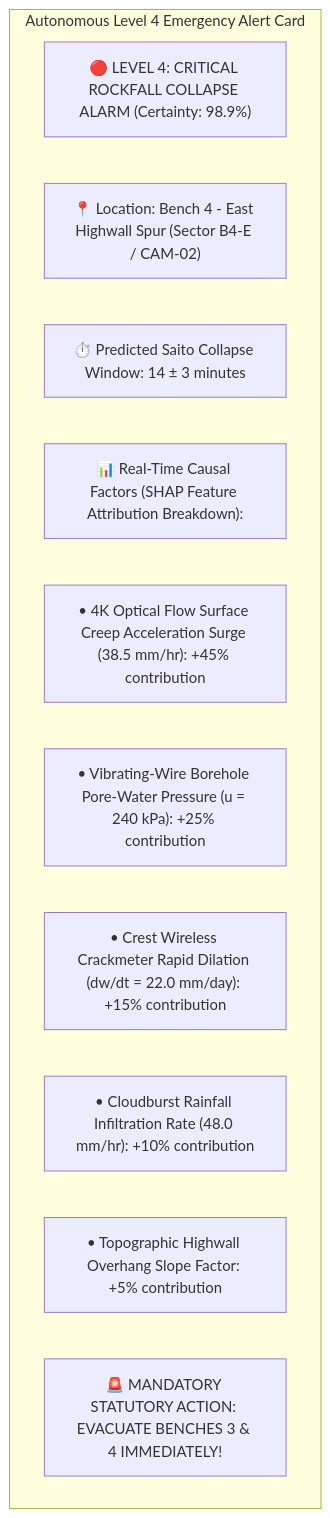
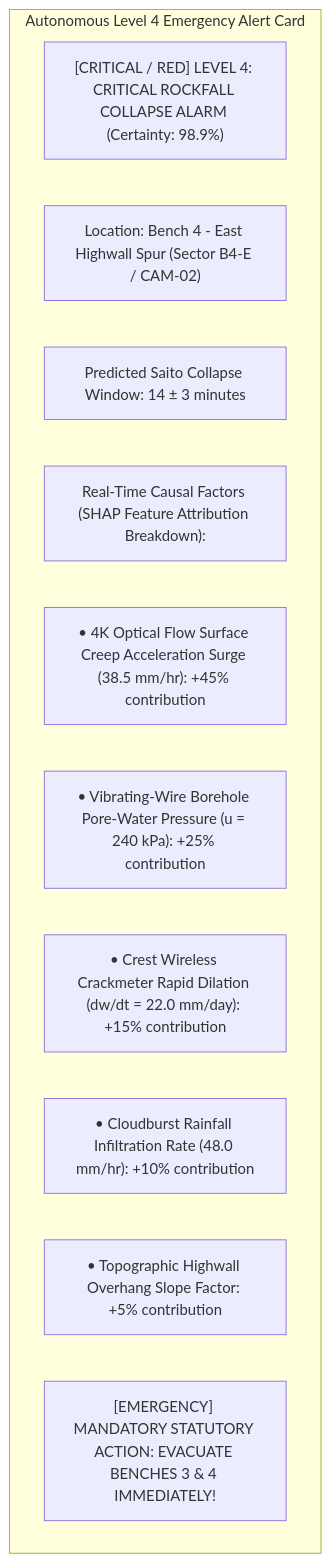
One commit to angelverman2021-a11y/Report changed the fourth of 6 diagrams in docs/26_Early_Warning_TARP_Systems.md. Above: the diagram before and after it, drawn with Mermaid. The commit also changed other lines of this file and 32 other files, not shown here.

````diff
--- a/docs/26_Early_Warning_TARP_Systems.md
+++ b/docs/26_Early_Warning_TARP_Systems.md
@@ -190,15 +193,15 @@
 ```mermaid
 graph TD
-    subgraph Autonomous Level 4 Emergency Alert Card
-        A["🔴 LEVEL 4: CRITICAL ROCKFALL COLLAPSE ALARM (Certainty: 98.9%)"]
-        B["📍 Location: Bench 4 - East Highwall Spur (Sector B4-E / CAM-02)"]
-        C["⏱️ Predicted Saito Collapse Window: 14 ± 3 minutes"]
-        D["📊 Real-Time Causal Factors (SHAP Feature Attribution Breakdown):"]
-        D1["• 4K Optical Flow Surface Creep Acceleration Surge (38.5 mm/hr): +45% contribution"]
-        D2["• Vibrating-Wire Borehole Pore-Water Pressure (u = 240 kPa): +25% contribution"]
-        D3["• Crest Wireless Crackmeter Rapid Dilation (dw/dt = 22.0 mm/day): +15% contribution"]
-        D4["• Cloudburst Rainfall Infiltration Rate (48.0 mm/hr): +10% contribution"]
-        D5["• Topographic Highwall Overhang Slope Factor: +5% contribution"]
-        E["🚨 MANDATORY STATUTORY ACTION: EVACUATE BENCHES 3 & 4 IMMEDIATELY!"]
-    end
+ subgraph Autonomous Level 4 Emergency Alert Card
+ A["[CRITICAL / RED] LEVEL 4: CRITICAL ROCKFALL COLLAPSE ALARM (Certainty: 98.9%)"]
+ B[" Location: Bench 4 - East Highwall Spur (Sector B4-E / CAM-02)"]
+ C[" Predicted Saito Collapse Window: 14 ± 3 minutes"]
+ D[" Real-Time Causal Factors (SHAP Feature Attribution Breakdown):"]
+ D1["• 4K Optical Flow Surface Creep Acceleration Surge (38.5 mm/hr): +45% contribution"]
+ D2["• Vibrating-Wire Borehole Pore-Water Pressure (u = 240 kPa): +25% contribution"]
+ D3["• Crest Wireless Crackmeter Rapid Dilation (dw/dt = 22.0 mm/day): +15% contribution"]
+ D4["• Cloudburst Rainfall Infiltration Rate (48.0 mm/hr): +10% contribution"]
+ D5["• Topographic Highwall Overhang Slope Factor: +5% contribution"]
+ E["[EMERGENCY] MANDATORY STATUTORY ACTION: EVACUATE BENCHES 3 & 4 IMMEDIATELY!"]
+ end
 ```
````
